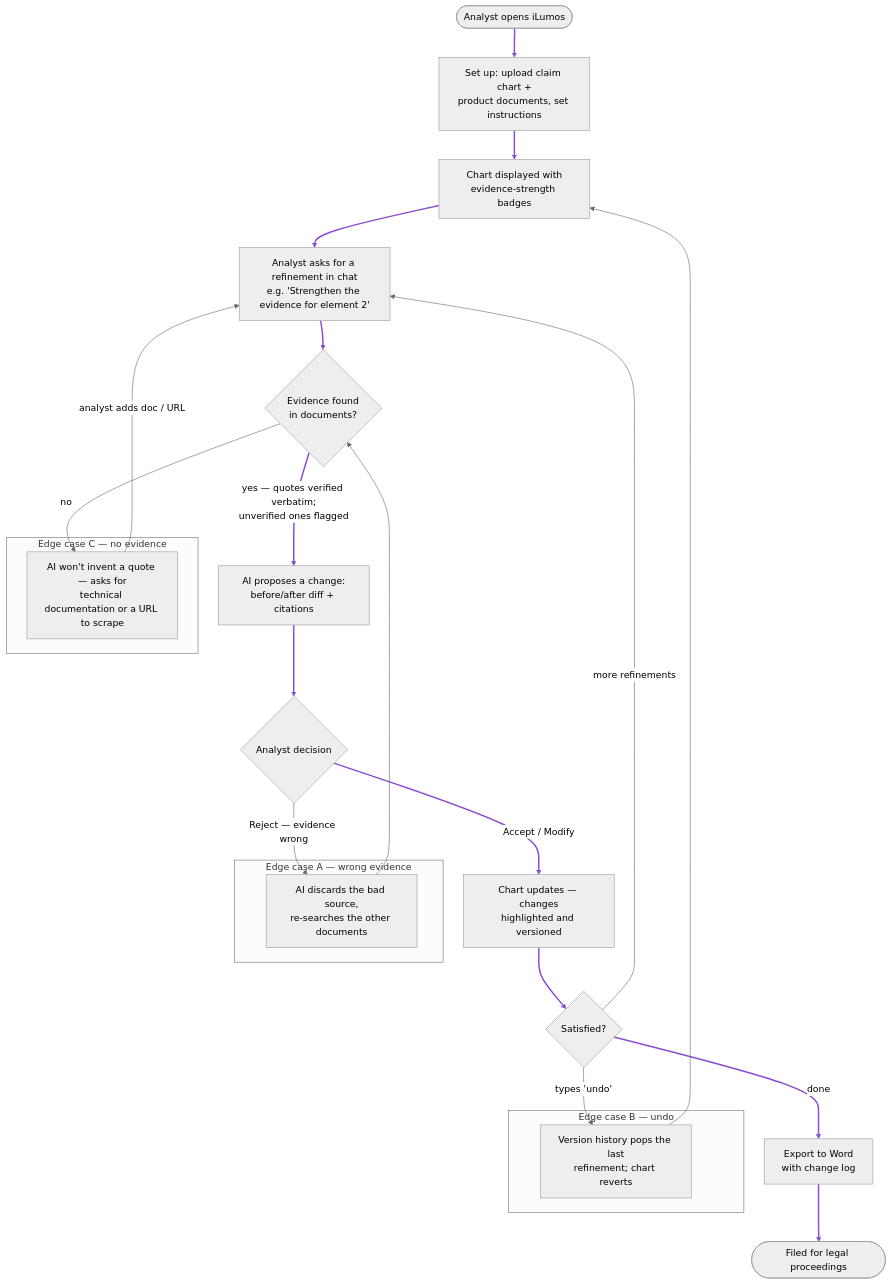
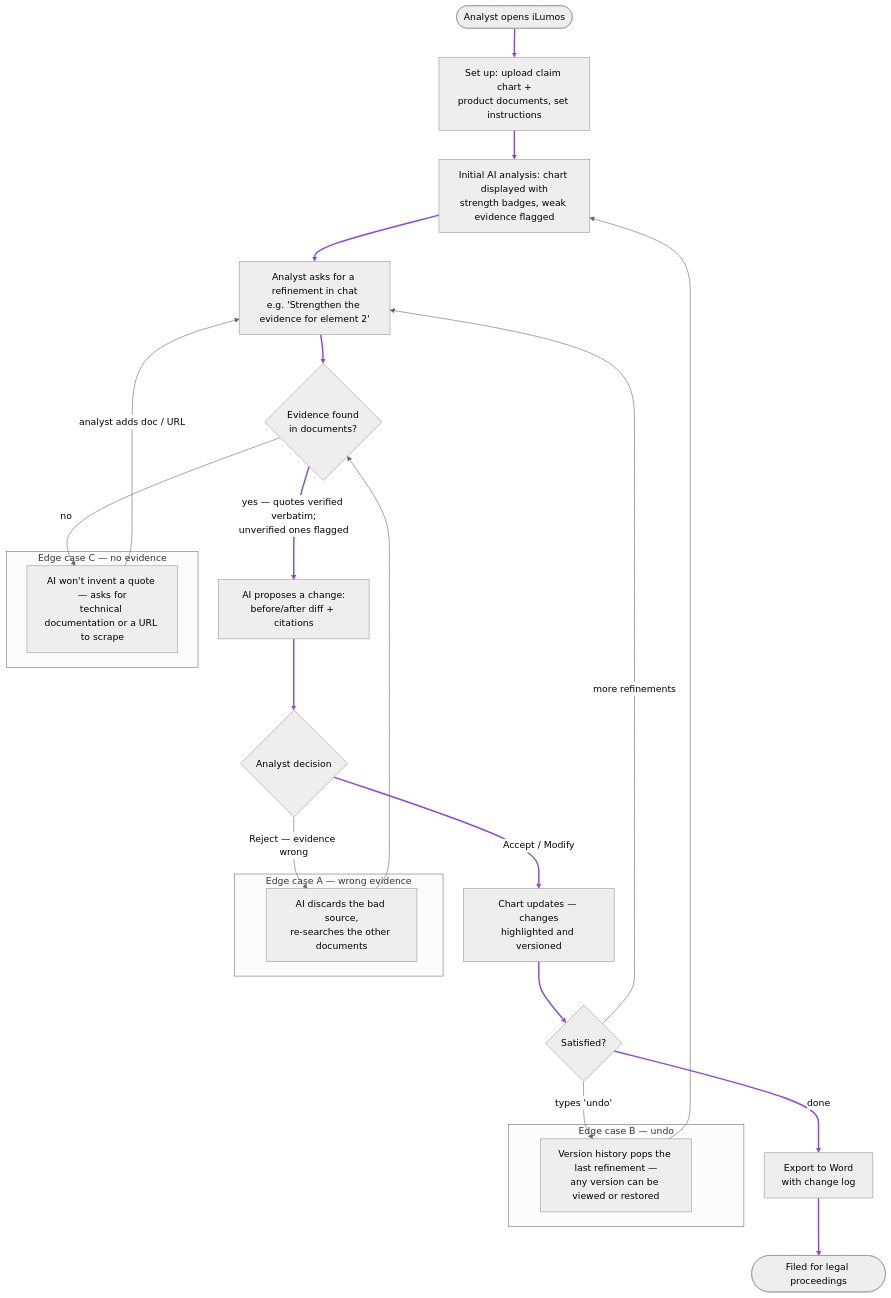
Before and after one commit to abhiedupurpose-create/Lumenci_Assignment: the diagram in docs/3_User_Flow.md, drawn with Mermaid (neutral theme). The commit also changed 14 other files, not shown here.

````diff
--- a/docs/3_User_Flow.md
+++ b/docs/3_User_Flow.md
@@ -13,34 +13,34 @@
 ```mermaid
 flowchart TD
     A([Analyst opens iLumos]) --> B["Set up: upload claim chart +<br>product documents, set instructions"]
-    B --> C["Chart displayed with<br>evidence-strength badges"]
+    B --> C["Initial AI analysis: chart displayed with<br>strength badges, weak evidence flagged"]
     C --> D["Analyst asks for a refinement in chat<br>e.g. 'Strengthen the evidence for element 2'"]
     D --> E{Evidence found<br>in documents?}
     E -->|"yes — quotes verified verbatim;<br>unverified ones flagged"| F["AI proposes a change:<br>before/after diff + citations"]
     E -->|no| C1
     F --> G{Analyst decision}
     G -->|Accept / Modify| H["Chart updates — changes<br>highlighted and versioned"]
     G -->|"Reject — evidence wrong"| A1
     H --> I{Satisfied?}
     I -->|more refinements| D
     I -->|"types 'undo'"| B1
     I -->|done| X["Export to Word<br>with change log"]
     X --> Z([Filed for legal proceedings])
 
     subgraph EA ["Edge case A — wrong evidence"]
         A1["AI discards the bad source,<br>re-searches the other documents"]
     end
     A1 --> E
 
     subgraph EB ["Edge case B — undo"]
-        B1["Version history pops the last<br>refinement; chart reverts"]
+        B1["Version history pops the last refinement —<br>any version can be viewed or restored"]
     end
     B1 --> C
 
     subgraph EC ["Edge case C — no evidence"]
         C1["AI won't invent a quote — asks for<br>technical documentation or a URL to scrape"]
     end
     C1 -->|analyst adds doc / URL| D
 
     linkStyle 0,1,2,3,4,6,7,9,12,13 stroke:#8a4bd1,stroke-width:2.5px;
 ```
````
